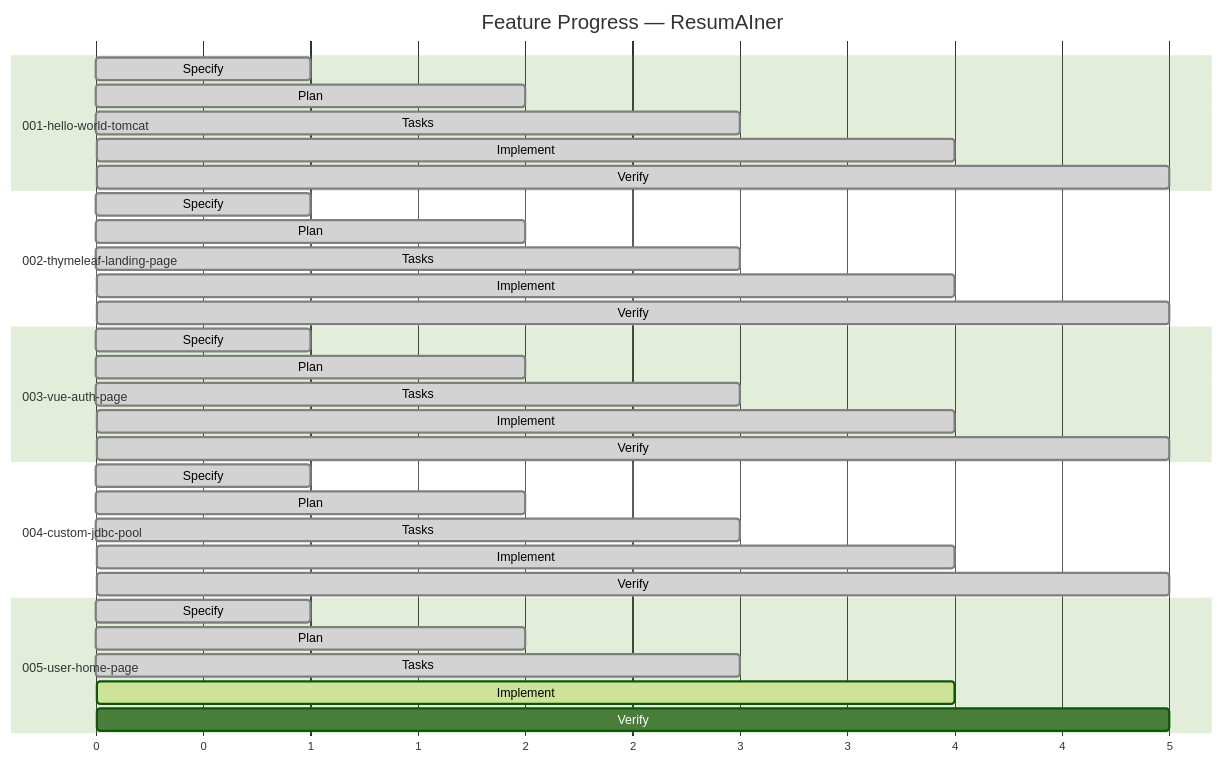
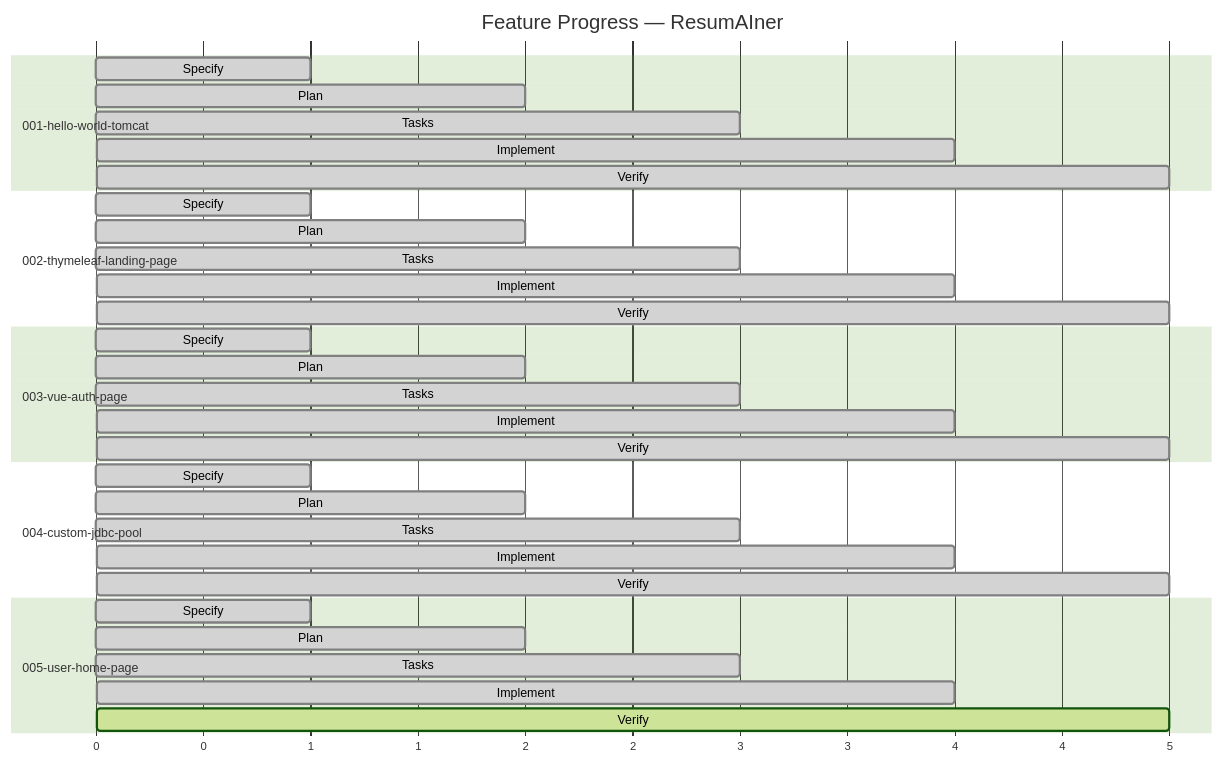
Before and after one commit to Anton-Ch/resumainer-java-vue-web-app: the first of 2 diagrams in specs/005-user-home-page/feature-progress-diagram.md, drawn with Mermaid (forest theme). The commit also changed other lines of this file and 6 other files, not shown here.

````diff
--- a/specs/005-user-home-page/feature-progress-diagram.md
+++ b/specs/005-user-home-page/feature-progress-diagram.md
@@ -7,41 +7,41 @@
 ```mermaid
 gantt
     title Feature Progress — ResumAIner
     dateFormat X
     axisFormat %s
 
     section 001-hello-world-tomcat
     Specify     :done, s1, 0, 1
     Plan        :done, p1, 1, 2
     Tasks       :done, t1, 2, 3
     Implement   :done, i1, 3, 4
     Verify      :done, v1, 4, 5
 
     section 002-thymeleaf-landing-page
     Specify     :done, s2, 0, 1
     Plan        :done, p2, 1, 2
     Tasks       :done, t2, 2, 3
     Implement   :done, i2, 3, 4
     Verify      :done, v2, 4, 5
 
     section 003-vue-auth-page
     Specify     :done, s3, 0, 1
     Plan        :done, p3, 1, 2
     Tasks       :done, t3, 2, 3
     Implement   :done, i3, 3, 4
     Verify      :done, v3, 4, 5
 
     section 004-custom-jdbc-pool
     Specify     :done, s4, 0, 1
     Plan        :done, p4, 1, 2
     Tasks       :done, t4, 2, 3
     Implement   :done, i4, 3, 4
     Verify      :done, v4, 4, 5
 
     section 005-user-home-page
     Specify     :done, s5, 0, 1
     Plan        :done, p5, 1, 2
     Tasks       :done, t5, 2, 3
-    Implement   :active, i5, 3, 4
-    Verify      :v5, 4, 5
+    Implement   :done, i5, 3, 4
+    Verify      :active, v5, 4, 5
 ```
````
